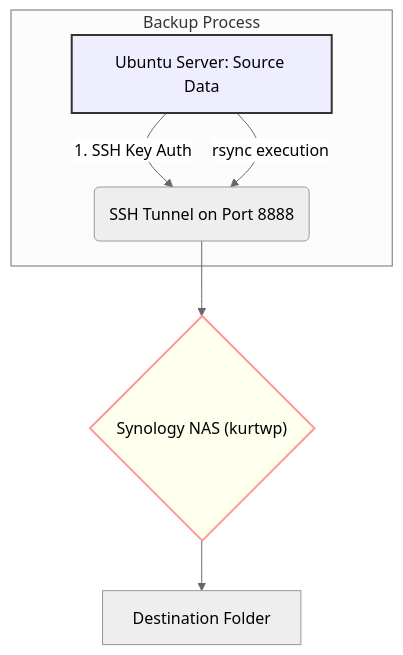
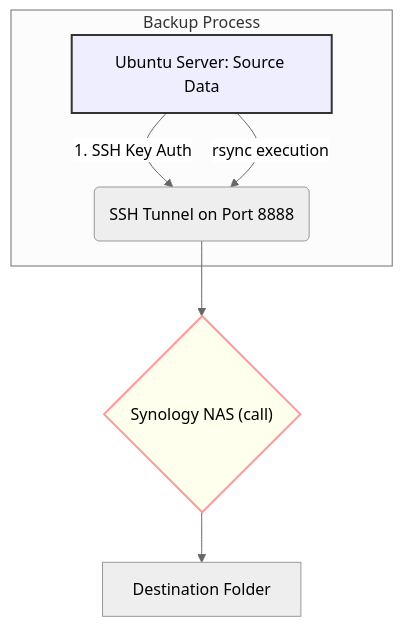
The diagram in projects/ubuntu_sysnolgy_rsync/README.md (kurtwp/homelab), drawn with Mermaid (neutral theme) before and after one commit.

````diff
--- a/projects/ubuntu_sysnolgy_rsync/README.md
+++ b/projects/ubuntu_sysnolgy_rsync/README.md
@@ -14,14 +14,14 @@
 ```mermaid
 graph TD
     A[Ubuntu Server: Source Data] -->|1. SSH Key Auth| B(SSH Tunnel on Port 8888)
-    B --> C{"Synology NAS (kurtwp)"}
+    B --> C{"Synology NAS (call)"}
     C --> D[Destination Folder]
     
     subgraph Backup Process
         A -- rsync execution --> B
     end
 
     style A fill:#eef,stroke:#333,stroke-width:2px
     style C fill:#ffe,stroke:#f99,stroke-width:2px
 
 ```
````
